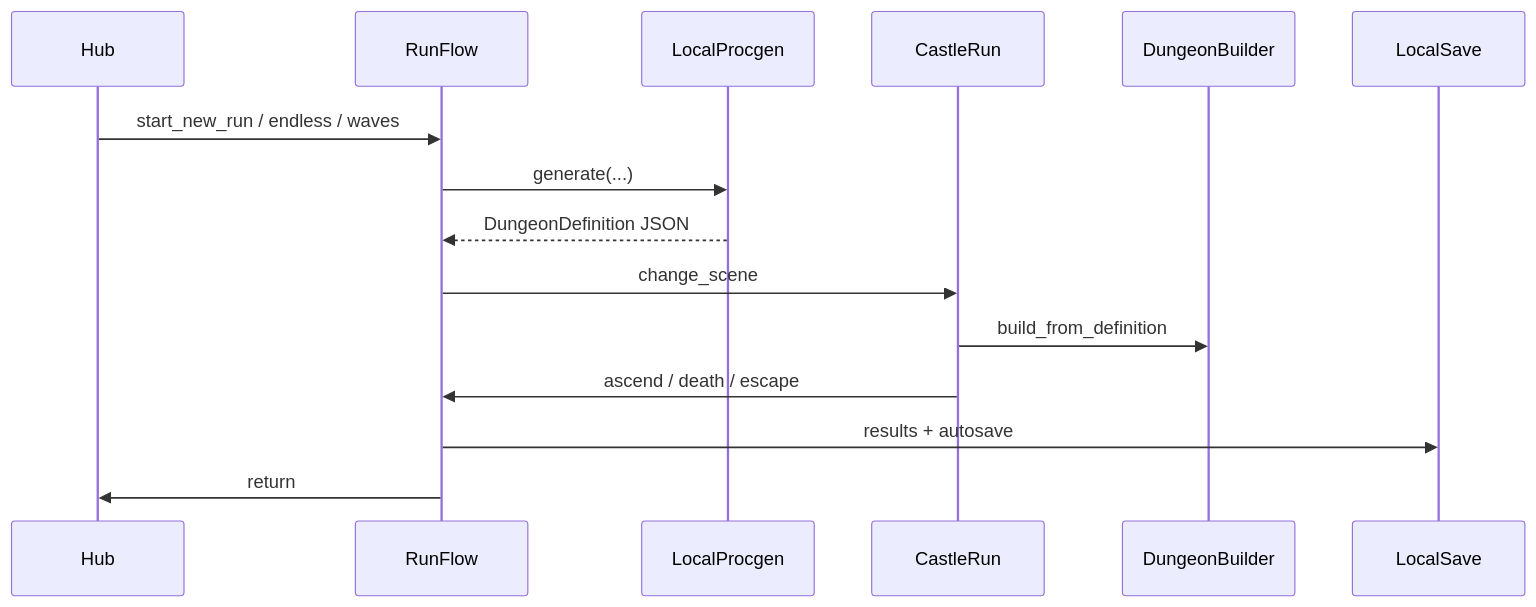
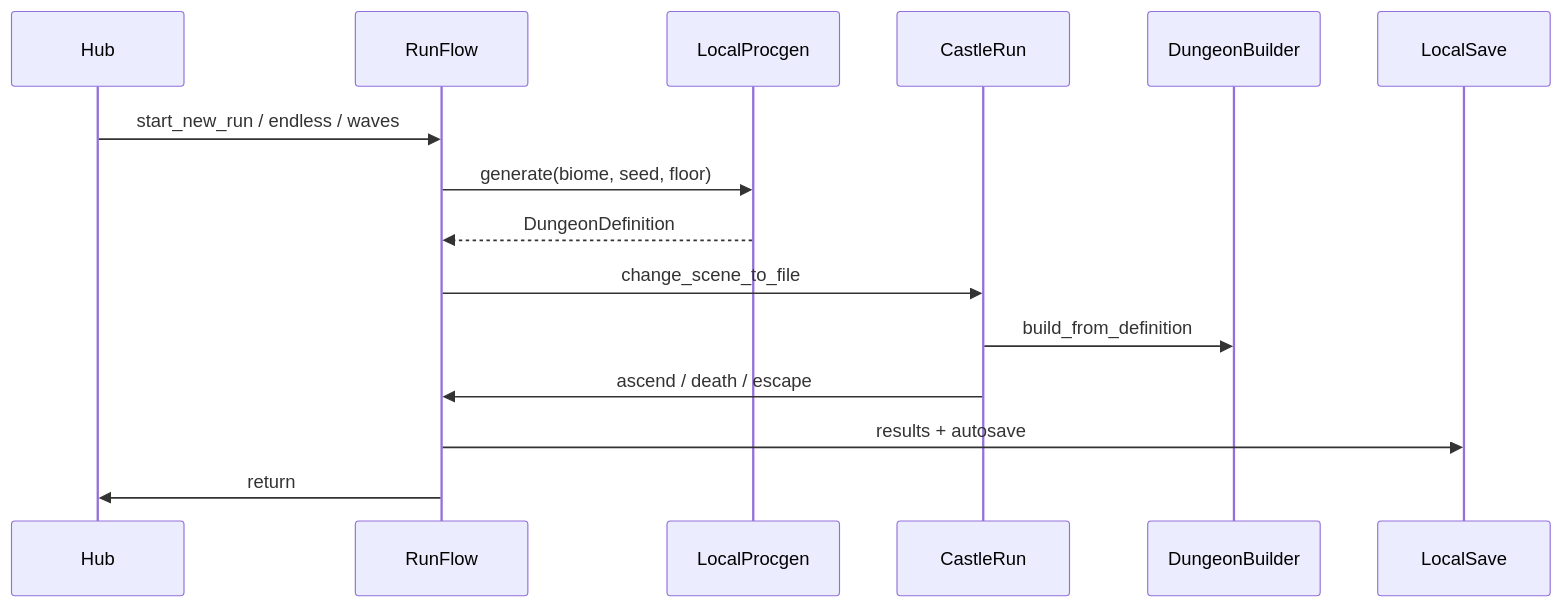
One commit to halaghiuc-dragos/Aumbrye changed the second of 3 diagrams in docs/ARCHITECTURE.md. Above: the diagram before and after it, drawn with Mermaid. The commit also changed other lines of this file and 251 other files, not shown here.

````diff
--- a/docs/ARCHITECTURE.md
+++ b/docs/ARCHITECTURE.md
@@ -93,18 +120,18 @@
 ```mermaid
 sequenceDiagram
   participant Hub
   participant RunFlow
   participant LocalProcgen
   participant CastleRun
   participant DungeonBuilder
   participant LocalSave
 
   Hub->>RunFlow: start_new_run / endless / waves
-  RunFlow->>LocalProcgen: generate(...)
-  LocalProcgen-->>RunFlow: DungeonDefinition JSON
-  RunFlow->>CastleRun: change_scene
+  RunFlow->>LocalProcgen: generate(biome, seed, floor)
+  LocalProcgen-->>RunFlow: DungeonDefinition
+  RunFlow->>CastleRun: change_scene_to_file
   CastleRun->>DungeonBuilder: build_from_definition
   CastleRun->>RunFlow: ascend / death / escape
   RunFlow->>LocalSave: results + autosave
   RunFlow->>Hub: return
 ```
````
